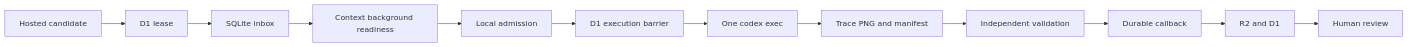
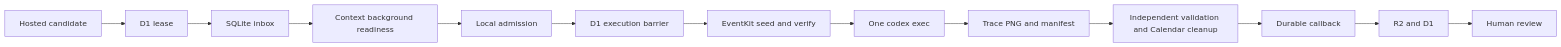
The diagram in docs/architecture/system.md (corca-ai/ads-booster), drawn with Mermaid before and after one commit. The commit also changed other lines of this file and 4 other files, not shown here.

````diff
--- a/docs/architecture/system.md
+++ b/docs/architecture/system.md
@@ -13,14 +13,15 @@
 ```mermaid
 flowchart LR
   Candidate[Hosted candidate] --> Lease[D1 lease]
   Lease --> Inbox[SQLite inbox]
   Inbox --> Prepare[Context background readiness]
   Prepare --> Admit[Local admission]
   Admit --> Barrier[D1 execution barrier]
-  Barrier --> Codex[One codex exec]
+  Barrier --> Calendar[EventKit seed and verify]
+  Calendar --> Codex[One codex exec]
   Codex --> Export[Trace PNG and manifest]
-  Export --> Validate[Independent validation]
+  Export --> Validate[Independent validation and Calendar cleanup]
   Validate --> Callback[Durable callback]
   Callback --> Store[R2 and D1]
   Store --> Review[Human review]
 ```
````
